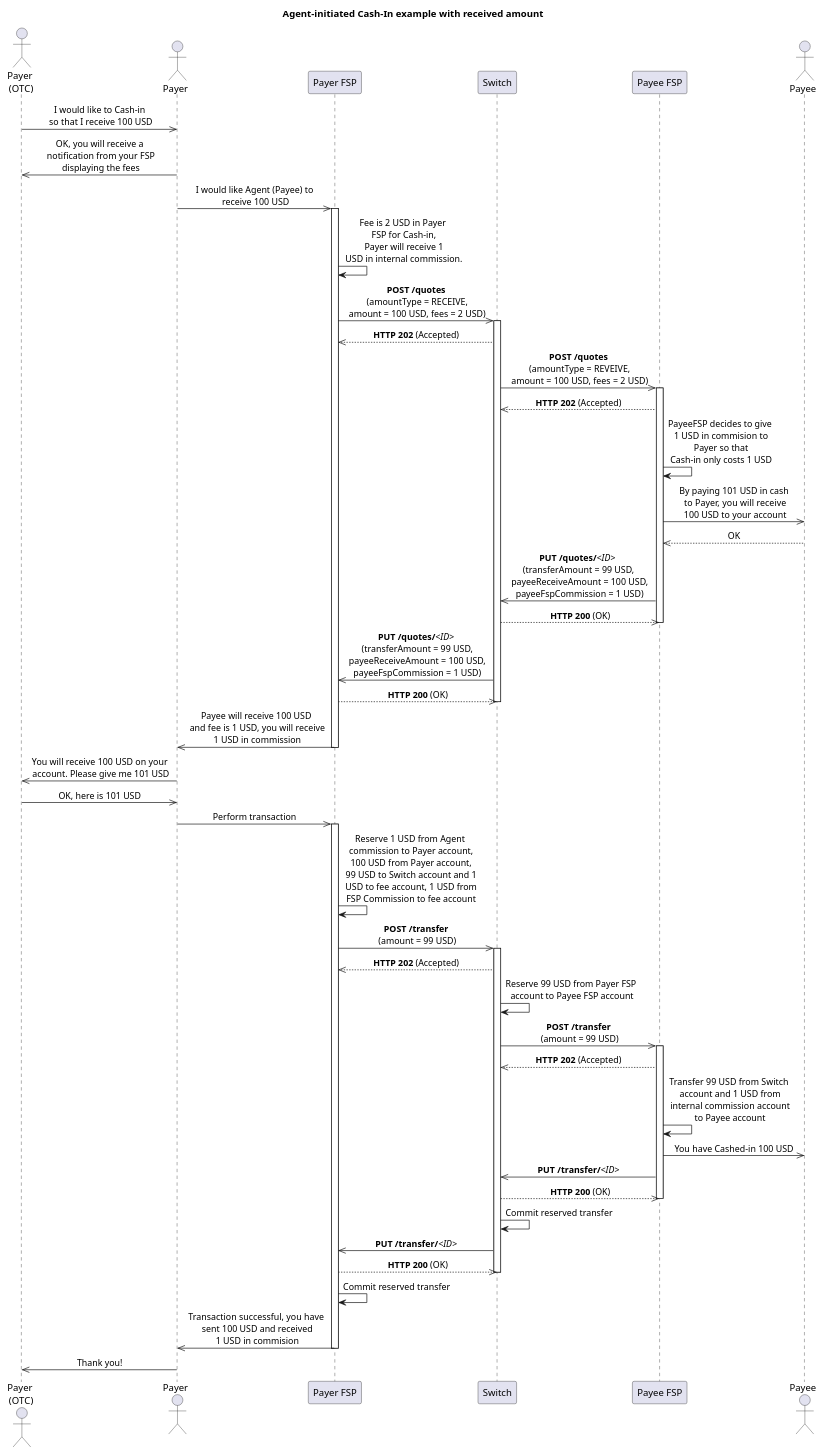
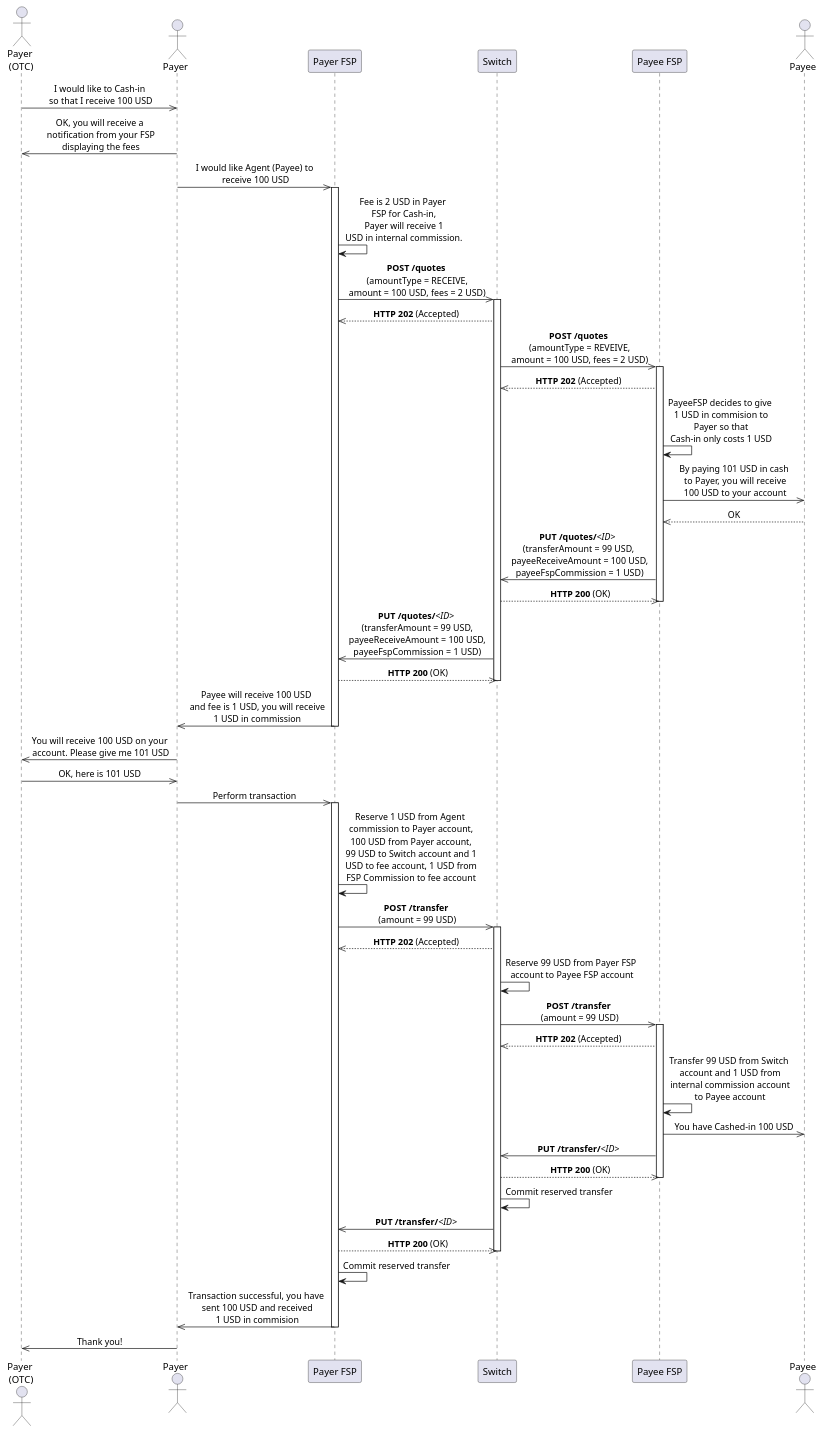
One commit to mojaloop/mojaloop-specification changed the diagram in assets/diagrams/sequence/figure22.plantuml. Above: the diagram before and after it, drawn with PlantUML. The commit also changed 26 other files, not shown here.

Commit message:
Updates to .svg and .plantuml files.

```diff
--- a/assets/diagrams/sequence/figure22.plantuml
+++ b/assets/diagrams/sequence/figure22.plantuml
@@ -25,71 +25,71 @@
 @startuml
 ' declaring skinparam
 skinparam sequenceMessageAlign center
 
 ' declare title
-title Agent-initiated Cash-In example with received amount
+' title Agent-initiated Cash-In example with received amount
 
 ' Actor Keys:
 ' participant - FSP or Switch
 ' actor - Payee, Payer or Payer(OTC)
 
 ' declare actors
 actor "Payer\n (OTC)" as PayerOTC
 actor "Payer" as Payer
 participant "Payer FSP" as PayerFSP
 participant "Switch" as SWITCH
 participant "Payee FSP" as PayeeFSP
 Actor "Payee" as Payee
 
 ' start flow
 
 ' activate Payer
 PayerOTC ->> Payer: I would like to Cash-in\n so that I receive 100 USD
 PayerOTC <<- Payer: OK, you will receive a\n notification from your FSP\n displaying the fees
 Payer ->> PayerFSP: I would like Agent (Payee) to\n receive 100 USD
 activate PayerFSP
 PayerFSP -> PayerFSP: Fee is 2 USD in Payer\n FSP for Cash-in,\n Payer will receive 1\n USD in internal commission.
 PayerFSP ->> SWITCH: **POST /quotes**\n (amountType = RECEIVE,\n amount = 100 USD, fees = 2 USD)
 activate SWITCH
 PayerFSP <<-- SWITCH: **HTTP 202** (Accepted)
 SWITCH ->> PayeeFSP: **POST /quotes**\n (amountType = REVEIVE,\n amount = 100 USD, fees = 2 USD)
 activate PayeeFSP
 SWITCH <<-- PayeeFSP: **HTTP 202** (Accepted)
 PayeeFSP -> PayeeFSP: PayeeFSP decides to give\n 1 USD in commision to\n Payer so that\n Cash-in only costs 1 USD
 PayeeFSP ->> Payee: By paying 101 USD in cash\n to Payer, you will receive\n 100 USD to your account
 PayeeFSP <<-- Payee: OK
 SWITCH <<- PayeeFSP: **PUT /quotes/**<i><ID></i> \n(transferAmount = 99 USD,\n payeeReceiveAmount = 100 USD,\n payeeFspCommission = 1 USD)
 SWITCH -->> PayeeFSP: **HTTP 200** (OK)
 deactivate PayeeFSP
 PayerFSP <<- SWITCH: **PUT /quotes/**<i><ID></i>\n (transferAmount = 99 USD,\n payeeReceiveAmount = 100 USD,\n payeeFspCommission = 1 USD)
 PayerFSP -->> SWITCH: **HTTP 200** (OK)
 deactivate SWITCH
 Payer <<- PayerFSP: Payee will receive 100 USD\n and fee is 1 USD, you will receive\n 1 USD in commission
 deactivate PayerFSP
 PayerOTC <<- Payer: You will receive 100 USD on your\n account. Please give me 101 USD
 ' deactivate Payer
 PayerOTC ->> Payer: OK, here is 101 USD
 Payer ->> PayerFSP: Perform transaction
 activate PayerFSP
 PayerFSP -> PayerFSP: Reserve 1 USD from Agent\n commission to Payer account,\n 100 USD from Payer account,\n 99 USD to Switch account and 1\n USD to fee account, 1 USD from\n FSP Commission to fee account
 PayerFSP ->> SWITCH: **POST /transfer**\n (amount = 99 USD)
 activate SWITCH
 PayerFSP <<-- SWITCH: **HTTP 202** (Accepted)
 SWITCH -> SWITCH: Reserve 99 USD from Payer FSP\n account to Payee FSP account
 SWITCH ->> PayeeFSP: **POST /transfer**\n (amount = 99 USD)
 activate PayeeFSP
 SWITCH <<-- PayeeFSP: **HTTP 202** (Accepted)
 PayeeFSP -> PayeeFSP: Transfer 99 USD from Switch\n account and 1 USD from\n internal commission account\n to Payee account
 PayeeFSP ->> Payee: You have Cashed-in 100 USD
 SWITCH <<- PayeeFSP: **PUT /transfer/**<i><ID></i>
 SWITCH -->> PayeeFSP: **HTTP 200** (OK)
 deactivate PayeeFSP
 SWITCH -> SWITCH: Commit reserved transfer
 PayerFSP <<- SWITCH: **PUT /transfer/**<i><ID></i>
 PayerFSP -->> SWITCH: **HTTP 200** (OK)
 deactivate SWITCH
 PayerFSP -> PayerFSP: Commit reserved transfer
 Payer <<- PayerFSP: Transaction successful, you have\n sent 100 USD and received\n 1 USD in commision
 deactivate PayerFSP
 PayerOTC <<- Payer: Thank you!
 @enduml
```
